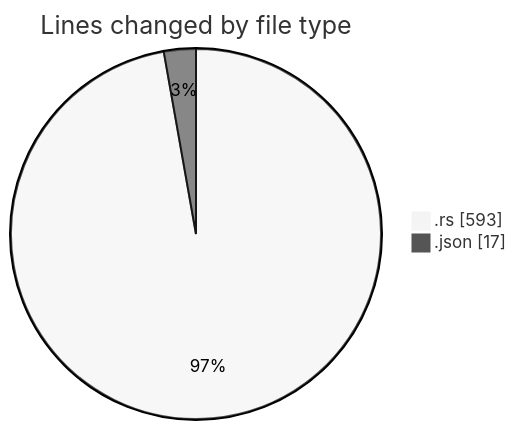
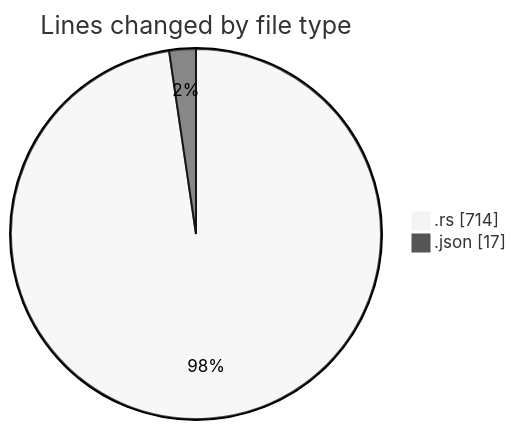
One commit to Ritupan-Deka/code-tracking changed the first of 2 diagrams in 2025-12-28/rust/README.md. Above: the diagram before and after it, drawn with Mermaid (neutral theme). The commit also changed other lines of this file and 1 other file, not shown here.

````diff
--- a/2025-12-28/rust/README.md
+++ b/2025-12-28/rust/README.md
@@ -21,6 +21,6 @@
 ```mermaid
 pie showData
 title Lines changed by file type
-".rs" : 593
+".rs" : 714
 ".json" : 17
 ```
````
